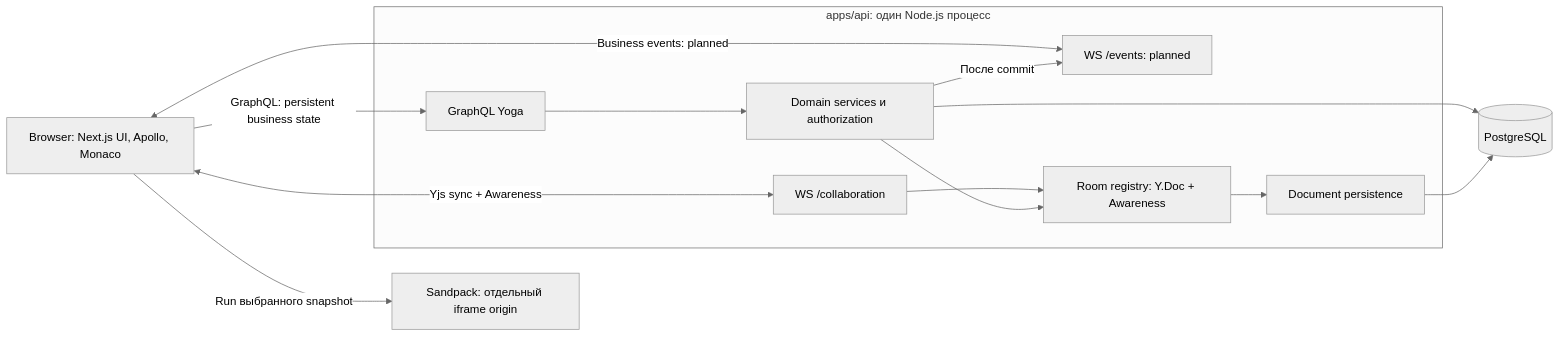
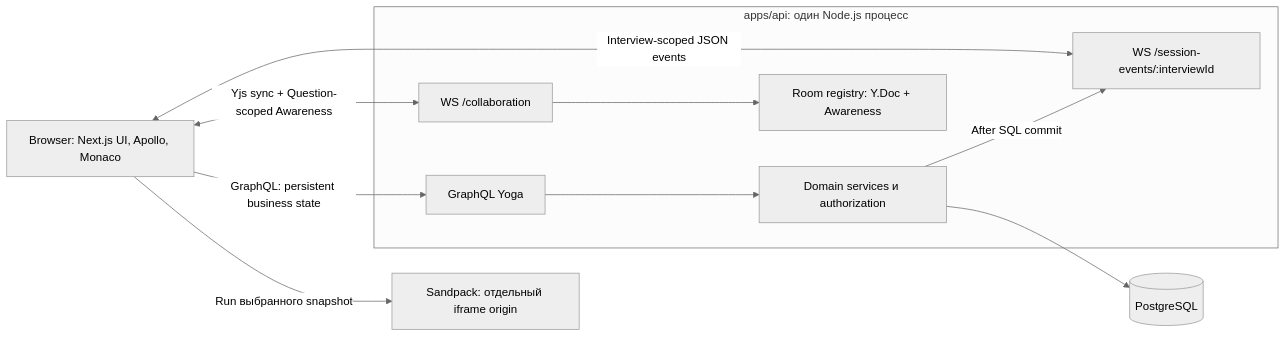
One commit to Milo78k/codemeet changed the seventh of 9 diagrams in docs/architecture.md. Above: the diagram before and after it, drawn with Mermaid (neutral theme). The commit also changed other lines of this file and 18 other files, not shown here.

Commit message:
feat: add realtime interview session events

````diff
--- a/docs/architecture.md
+++ b/docs/architecture.md
@@ -282,17 +282,14 @@
 ```mermaid
 flowchart LR
   Browser["Browser: Next.js UI, Apollo, Monaco"] -->|"GraphQL: persistent business state"| Yoga
-  Browser <-->|"Yjs sync + Awareness"| Collaboration
-  Browser <-->|"Business events: planned"| Events
+  Browser <-->|"Yjs sync + Question-scoped Awareness"| Collaboration
+  Browser <-->|"Interview-scoped JSON events"| Events
   Browser -->|"Run выбранного snapshot"| Sandbox["Sandpack: отдельный iframe origin"]
   subgraph API["apps/api: один Node.js процесс"]
     Yoga["GraphQL Yoga"] --> Services["Domain services и authorization"]
     Collaboration["WS /collaboration"] --> Rooms["Room registry: Y.Doc + Awareness"]
-    Events["WS /events: planned"]
-    Services --> Rooms
-    Services -->|"После commit"| Events
-    Rooms --> Persistence["Document persistence"]
+    Events["WS /session-events/:interviewId"]
+    Services -->|"After SQL commit"| Events
   end
   Services --> DB[(PostgreSQL)]
-  Persistence --> DB
 ```
````
